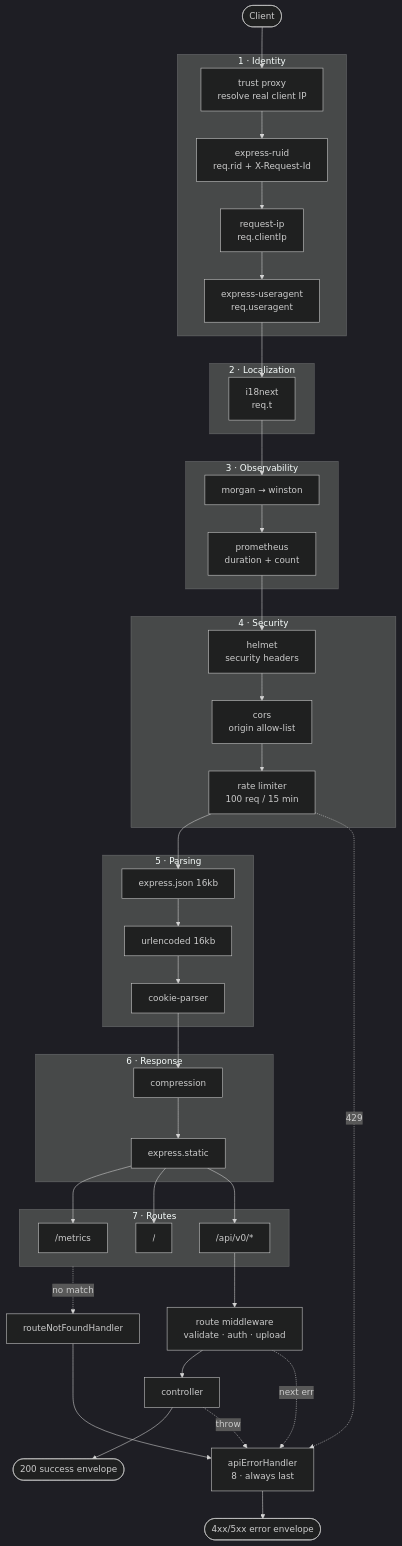
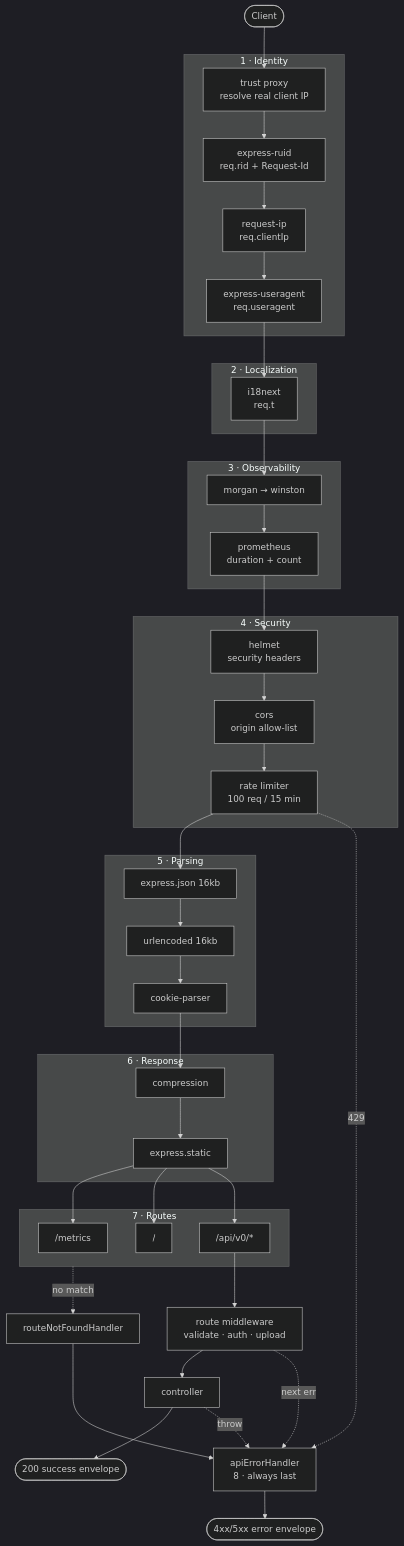
The first of 3 diagrams in docs/02-architecture.md (cssuman/ExpressTemplate), drawn with Mermaid (dark theme) before and after one commit. The commit also changed other lines of this file and 9 other files, not shown here.

````diff
--- a/docs/02-architecture.md
+++ b/docs/02-architecture.md
@@ -28,53 +28,53 @@
 ```mermaid
 flowchart TD
     Client([Client]) --> Proxy[trust proxy<br/>resolve real client IP]
 
     subgraph ID["1 · Identity"]
-        Proxy --> Ruid[express-ruid<br/>req.rid + X-Request-Id]
+        Proxy --> Ruid[express-ruid<br/>req.rid + Request-Id]
         Ruid --> IP[request-ip<br/>req.clientIp]
         IP --> UA[express-useragent<br/>req.useragent]
     end
 
     subgraph L10N["2 · Localization"]
         UA --> I18N[i18next<br/>req.t]
     end
 
     subgraph OBS["3 · Observability"]
         I18N --> Morgan[morgan → winston]
         Morgan --> Prom[prometheus<br/>duration + count]
     end
 
     subgraph SEC["4 · Security"]
         Prom --> Helmet[helmet<br/>security headers]
         Helmet --> Cors[cors<br/>origin allow-list]
         Cors --> Rate[rate limiter<br/>100 req / 15 min]
     end
 
     subgraph PARSE["5 · Parsing"]
         Rate --> Json[express.json 16kb]
         Json --> Url[urlencoded 16kb]
         Url --> Cookie[cookie-parser]
     end
 
     subgraph PERF["6 · Response"]
         Cookie --> Gzip[compression]
         Gzip --> Static[express.static]
     end
 
     subgraph ROUTES["7 · Routes"]
         Static --> Metrics["/metrics"]
         Static --> Root["/"]
         Static --> Api["/api/v0/*"]
     end
 
     Api --> Guard[route middleware<br/>validate · auth · upload]
     Guard --> Ctrl[controller]
     Ctrl --> OK([200 success envelope])
 
     Rate -.429.-> Err
     Guard -.next err.-> Err
     Ctrl -.throw.-> Err
     ROUTES -.no match.-> NF[routeNotFoundHandler]
     NF --> Err[apiErrorHandler<br/>8 · always last]
     Err --> Fail([4xx/5xx error envelope])
 ```
````
